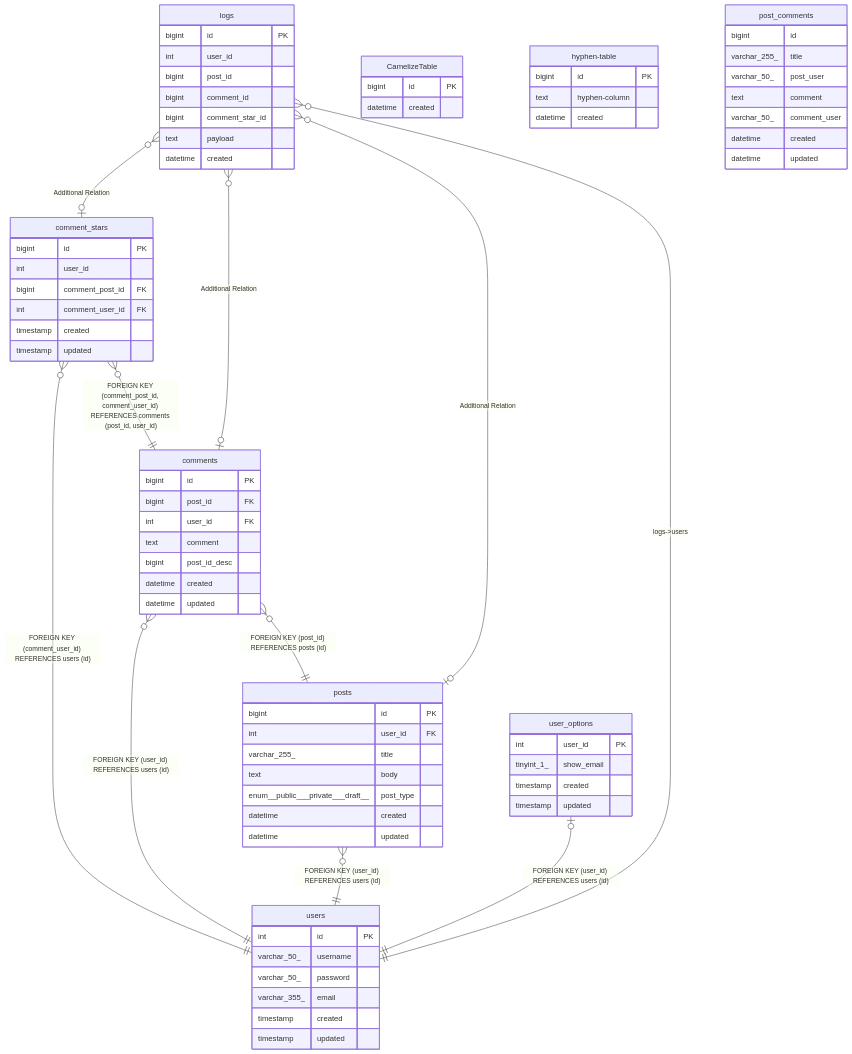
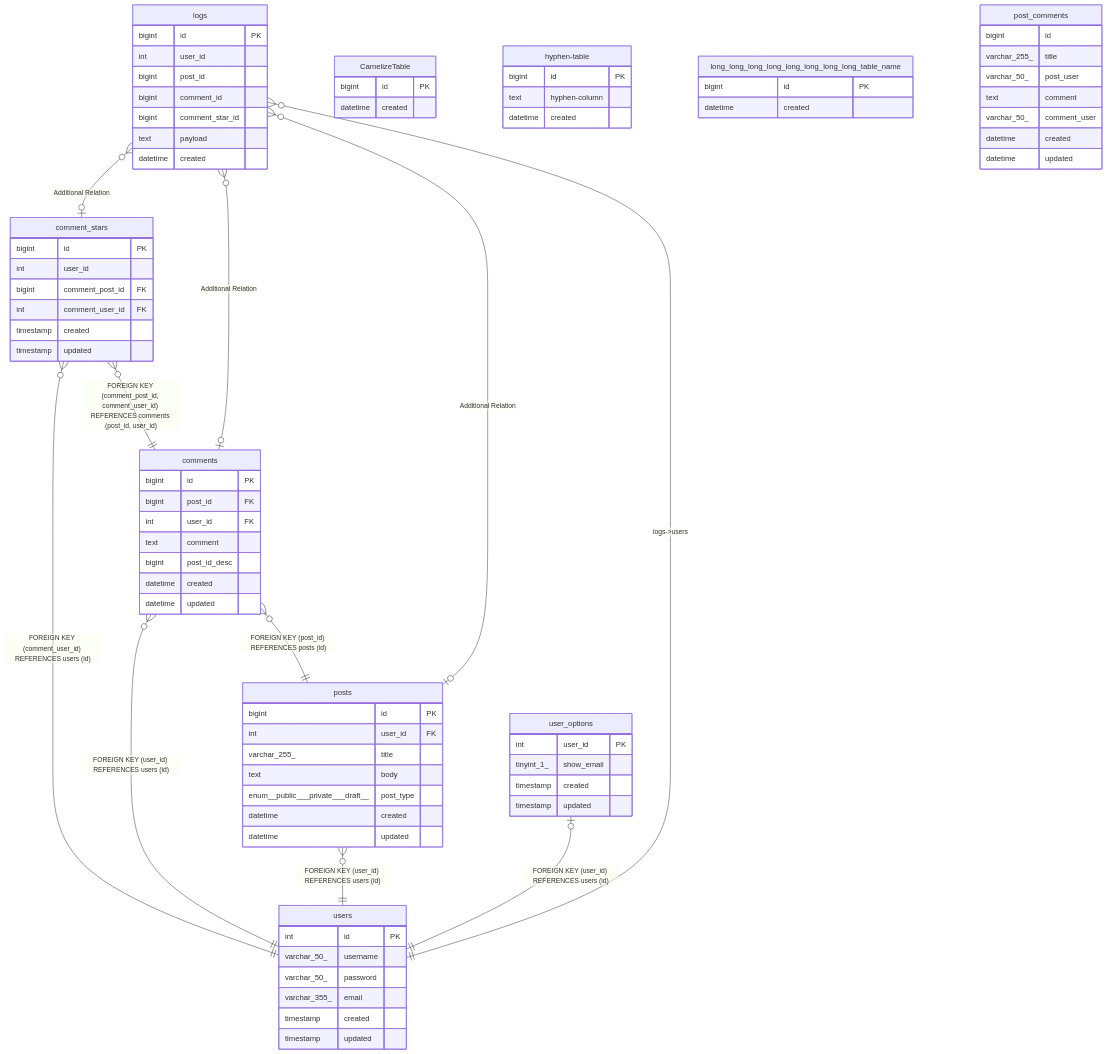
The diagram in sample/mermaid/README.md (k1LoW/tbls), drawn with Mermaid before and after one commit. The commit also changed other lines of this file and 52 other files, not shown here.

```diff
--- a/sample/mermaid/README.md
+++ b/sample/mermaid/README.md
@@ -80,6 +81,10 @@
   text payload
   datetime created
 }
+"long_long_long_long_long_long_long_long_table_name" {
+  bigint id PK
+  datetime created
+}
 "post_comments" {
   bigint id
   varchar_255_ title
```
